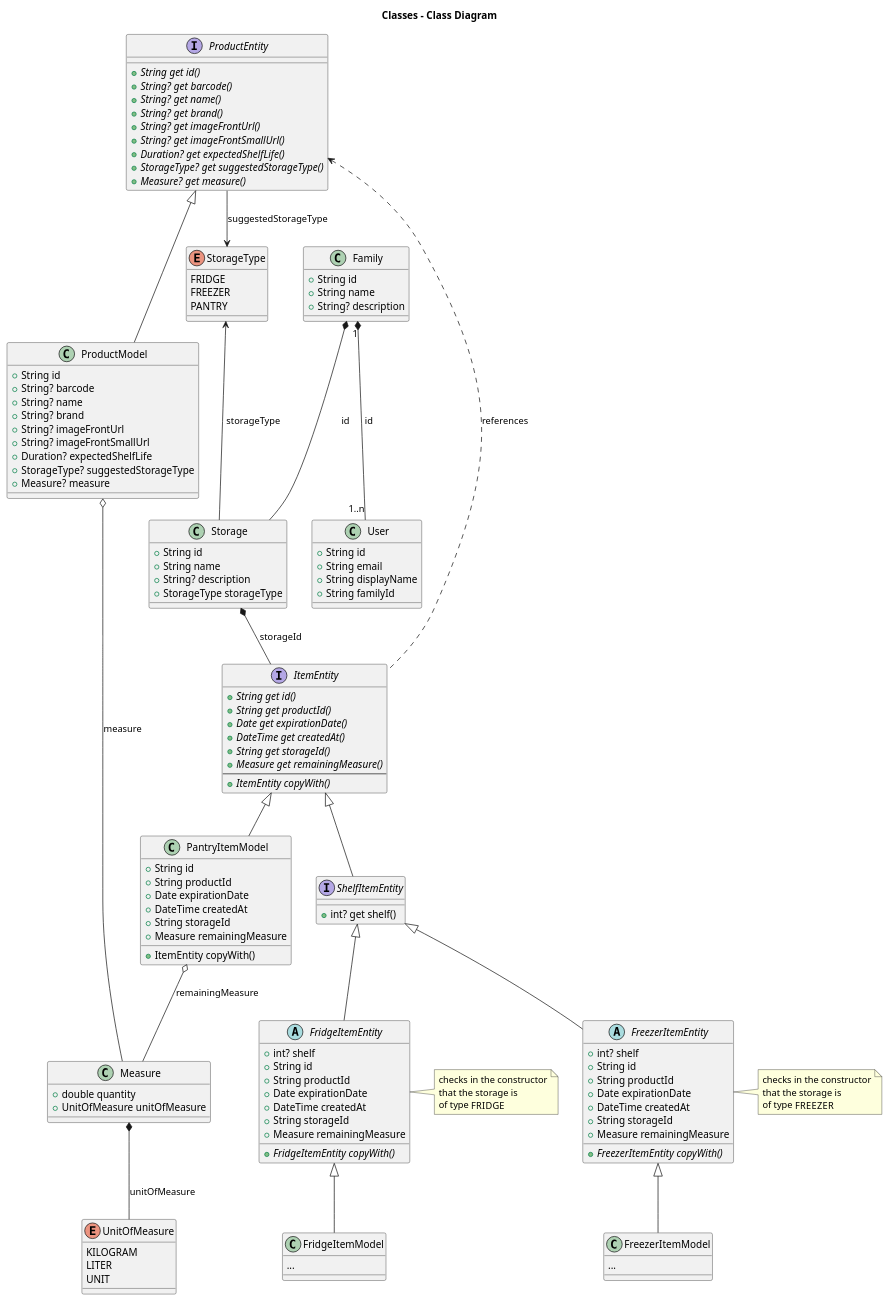
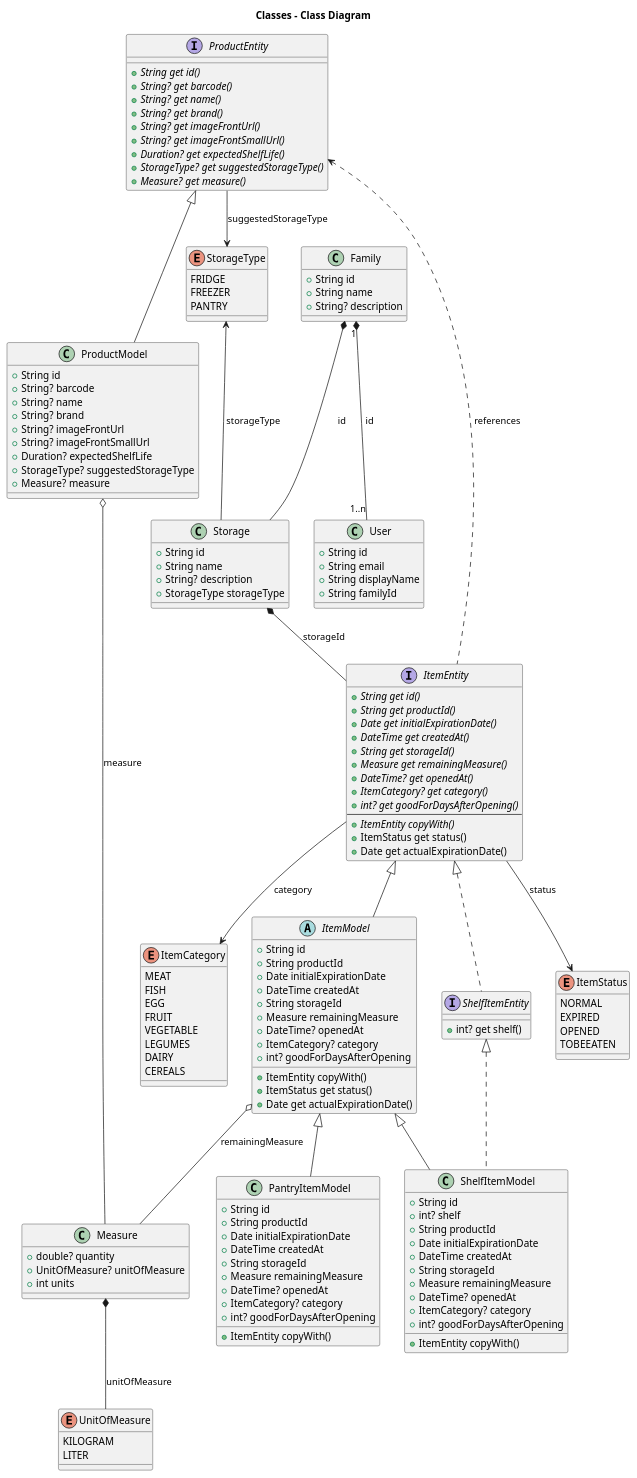
Before and after one commit to app-anvil/waste_not: the diagram in domain_diagram.wsd, drawn with PlantUML.

Commit message:
ref: domain model
Closes #12

```diff
--- a/domain_diagram.wsd
+++ b/domain_diagram.wsd
@@ -59,101 +59,169 @@
   PANTRY
 }
 
+enum ItemStatus {
+  NORMAL
+  EXPIRED
+  OPENED
+  TOBEEATEN
+}
+
+enum ItemCategory {
+  MEAT
+  FISH
+  EGG
+  FRUIT
+  VEGETABLE
+  LEGUMES
+  DAIRY
+  CEREALS
+}
+
 interface ItemEntity {
   {abstract} +String get id()
   {abstract} +String get productId()
-  {abstract} +Date get expirationDate()
+  {abstract} +Date get initialExpirationDate()
   {abstract} +DateTime get createdAt()
   {abstract} +String get storageId()
   {abstract} +Measure get remainingMeasure()
+  {abstract} +DateTime? get openedAt()
+  {abstract} +ItemCategory? get category()
+  {abstract} +int? get goodForDaysAfterOpening()
   ---
   {abstract} +ItemEntity copyWith()
+  +ItemStatus get status()
+  +Date get actualExpirationDate()
 }
+
+ItemEntity --> ItemStatus: status
+ItemEntity --> ItemCategory: category
 
 interface ShelfItemEntity {
   +int? get shelf()
 }
 
-abstract class FridgeItemEntity {
-  +int? shelf
+' abstract class FridgeItemEntity {
+'   +int? shelf
+'   +String id
+'   +String productId
+'   +Date initialExpirationDate
+'   +DateTime createdAt
+'   +String storageId
+'   +Measure remainingMeasure
+  
+'   {abstract} +FridgeItemEntity copyWith()
+' }
+
+' note right of FridgeItemEntity
+'   checks in the constructor
+'   that the storage is 
+'   of type ""FRIDGE""
+' end note
+
+ItemEntity <|.. ShelfItemEntity
+
+' ShelfItemEntity <|-- FridgeItemEntity
+
+' abstract class FreezerItemEntity {
+'   +int? shelf
+'   +String id
+'   +String productId
+'   +Date initialExpirationDate
+'   +DateTime createdAt
+'   +String storageId
+'   +Measure remainingMeasure
+
+'   {abstract} +FreezerItemEntity copyWith()
+' }
+' note right of FreezerItemEntity
+'   checks in the constructor
+'   that the storage is 
+'   of type ""FREEZER""
+' end note
+
+' ShelfItemEntity <|-- FreezerItemEntity
+
+
+abstract class ItemModel {
   +String id
   +String productId
-  +Date expirationDate
+  +Date initialExpirationDate
   +DateTime createdAt
   +String storageId
   +Measure remainingMeasure
-  
-  {abstract} +FridgeItemEntity copyWith()
+  +DateTime? openedAt
+  +ItemCategory? category
+  +int? goodForDaysAfterOpening
+
+  +ItemEntity copyWith()
+  +ItemStatus get status()
+  +Date get actualExpirationDate()
 }
 
-note right of FridgeItemEntity
-  checks in the constructor
-  that the storage is 
-  of type ""FRIDGE""
-end note
+ItemModel o-- Measure: remainingMeasure
 
-ItemEntity <|-- ShelfItemEntity
+ItemEntity <|-- ItemModel
 
-ShelfItemEntity <|-- FridgeItemEntity
-
-abstract class FreezerItemEntity {
-  +int? shelf
-  +String id
-  +String productId
-  +Date expirationDate
-  +DateTime createdAt
-  +String storageId
-  +Measure remainingMeasure
-
-  {abstract} +FreezerItemEntity copyWith()
-}
-note right of FreezerItemEntity
-  checks in the constructor
-  that the storage is 
-  of type ""FREEZER""
-end note
-
-ShelfItemEntity <|-- FreezerItemEntity
 
 Storage *-- ItemEntity: storageId
-PantryItemModel o-- Measure: remainingMeasure
 
 class PantryItemModel {
   +String id
   +String productId
-  +Date expirationDate
+  +Date initialExpirationDate
   +DateTime createdAt
   +String storageId
   +Measure remainingMeasure
+  +DateTime? openedAt
+  +ItemCategory? category
+  +int? goodForDaysAfterOpening
 
   +ItemEntity copyWith()
 }
 
-class FridgeItemModel {
-  ...
+class ShelfItemModel {
+  +String id
+  +int? shelf
+  +String productId
+  +Date initialExpirationDate
+  +DateTime createdAt
+  +String storageId
+  +Measure remainingMeasure
+  +DateTime? openedAt
+  +ItemCategory? category
+  +int? goodForDaysAfterOpening
+
+  +ItemEntity copyWith()
 }
 
-FridgeItemEntity <|-- FridgeItemModel
+' class FridgeItemModel {
+'   ...
+' }
 
-class FreezerItemModel {
-  ...
-}
+' FridgeItemEntity <|-- FridgeItemModel
 
-FreezerItemEntity <|-- FreezerItemModel
+' class FreezerItemModel {
+'   ...
+' }
+
+' FreezerItemEntity <|-- FreezerItemModel
 
 class Measure {
-  +double quantity
-  +UnitOfMeasure unitOfMeasure
+  +double? quantity
+  +UnitOfMeasure? unitOfMeasure
+  +int units
 }
 Measure *-- UnitOfMeasure: unitOfMeasure
 enum UnitOfMeasure {
   KILOGRAM
   LITER
-  UNIT
 }
 
 ProductEntity <|-- ProductModel
 ProductEntity <.. ItemEntity: references
-ItemEntity <|-- PantryItemModel
+ItemModel <|-- PantryItemModel
+
+ItemModel <|-- ShelfItemModel
+ShelfItemEntity <|.. ShelfItemModel
 
 @enduml
```
